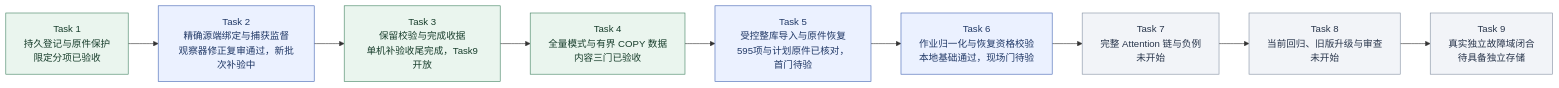
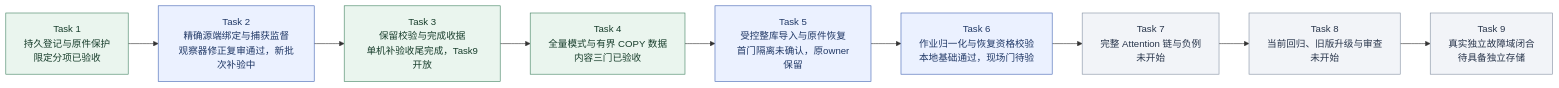
One commit to MansurnamedZhang/learning-system-p0c4 changed the second of 9 diagrams in docs/KnowWeave实施路线与系统架构.md. Above: the diagram before and after it, drawn with Mermaid. The commit also changed other lines of this file and 4 other files, not shown here.

````diff
--- a/docs/KnowWeave实施路线与系统架构.md
+++ b/docs/KnowWeave实施路线与系统架构.md
@@ -72,26 +72,26 @@
 ```mermaid
 flowchart LR
     C4T1["Task 1<br/>持久登记与原件保护<br/>限定分项已验收"]
     C4T2["Task 2<br/>精确源端绑定与捕获监督<br/>观察器修正复审通过，新批次补验中"]
     C4T3["Task 3<br/>保留校验与完成收据<br/>单机补验收尾完成，Task9开放"]
     C4T4["Task 4<br/>全量模式与有界 COPY 数据<br/>内容三门已验收"]
-    C4T5["Task 5<br/>受控整库导入与原件恢复<br/>595项与计划原件已核对，首门待验"]
+    C4T5["Task 5<br/>受控整库导入与原件恢复<br/>首门隔离未确认，原owner保留"]
     C4T6["Task 6<br/>作业归一化与恢复资格校验<br/>本地基础通过，现场门待验"]
     C4T7["Task 7<br/>完整 Attention 链与负例<br/>未开始"]
     C4T8["Task 8<br/>当前回归、旧版升级与审查<br/>未开始"]
     C4T9["Task 9<br/>真实独立故障域闭合<br/>待具备独立存储"]
     C4T1 --> C4T2
     C4T2 --> C4T3
     C4T3 --> C4T4
     C4T4 --> C4T5
     C4T5 --> C4T6
     C4T6 --> C4T7
     C4T7 --> C4T8
     C4T8 --> C4T9
     class C4T1,C4T3,C4T4 done
     class C4T2,C4T5,C4T6 next
     class C4T7,C4T8,C4T9 planned
     classDef done fill:#eaf5ee,stroke:#438363,color:#173d2b
     classDef next fill:#ebf1ff,stroke:#4365b4,color:#203866
     classDef planned fill:#f2f4f8,stroke:#8591a3,color:#28354b
 ```
````
